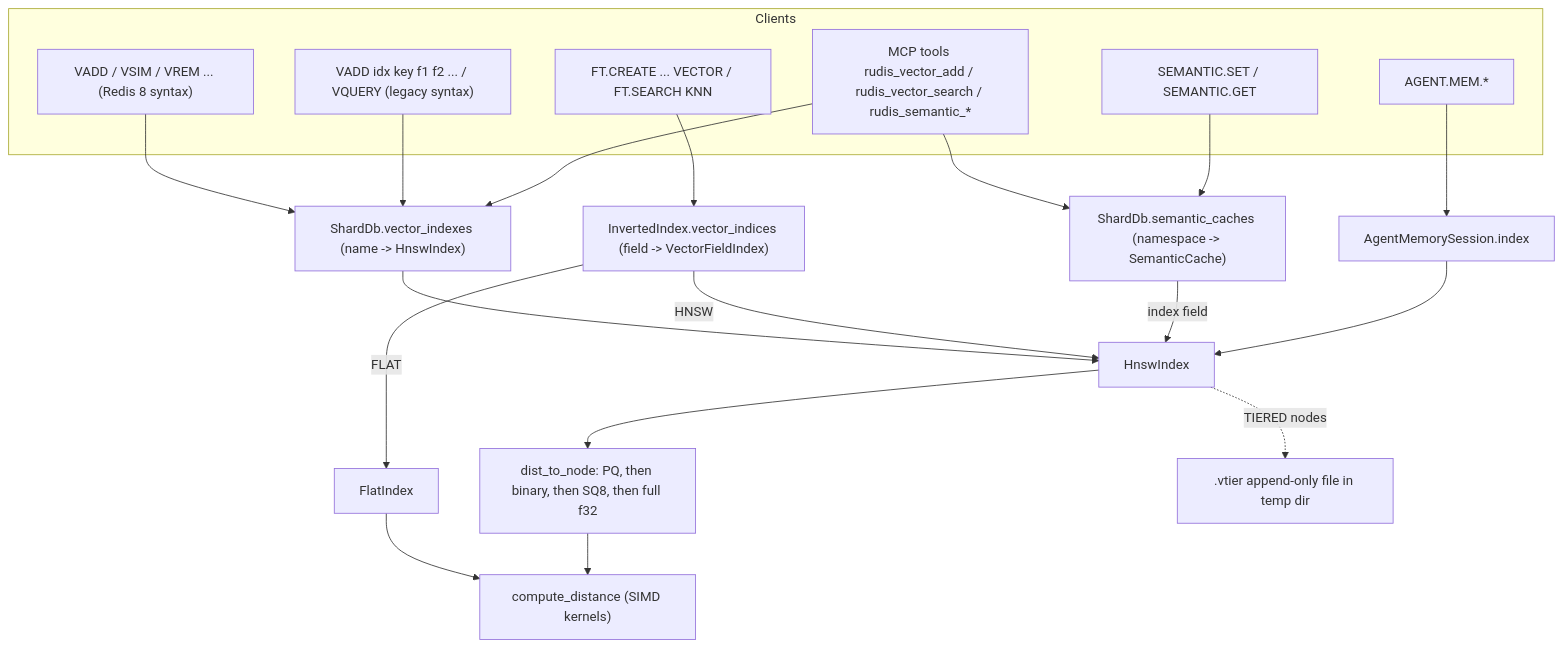
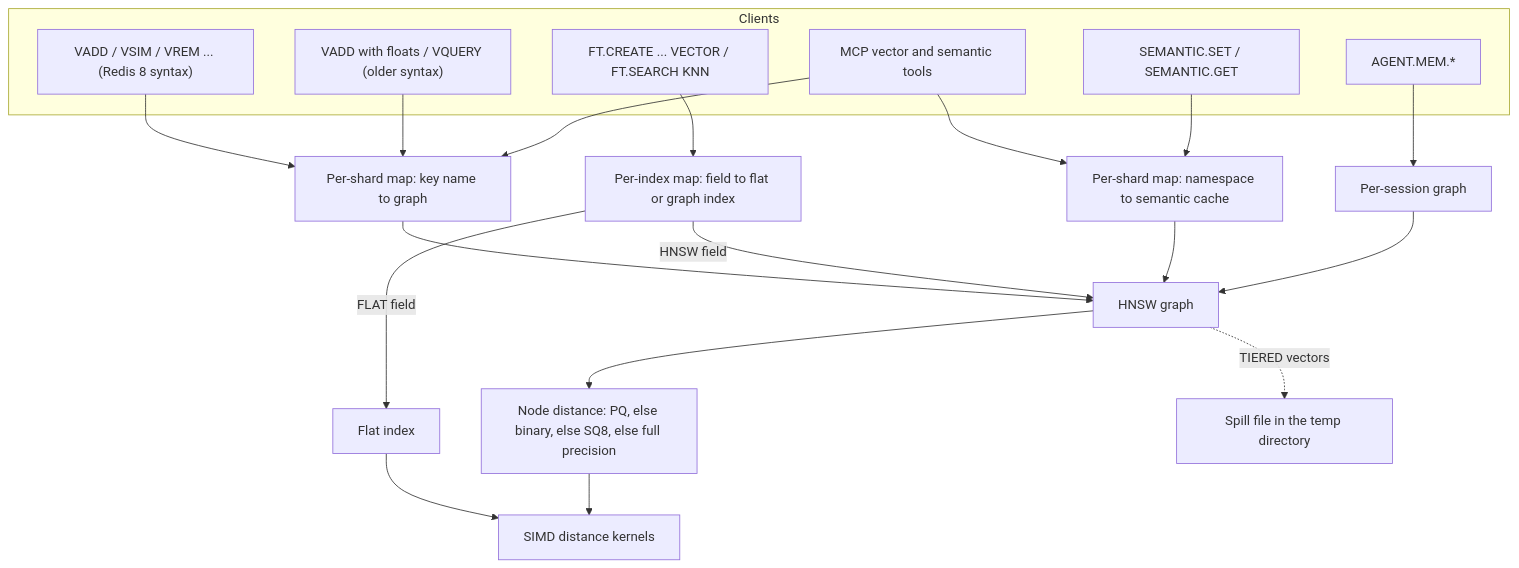
Before and after one commit to warrenzhu25/rudis: the diagram in docs/internal/08_vector_engine.md, drawn with Mermaid. The commit also changed other lines of this file, not shown here.

First line of the commit message:
docs(internal): rewrite vector engine guide in the prose-first style

````diff
--- a/docs/internal/08_vector_engine.md
+++ b/docs/internal/08_vector_engine.md
@@ -39,27 +50,27 @@
 ```mermaid
 flowchart TD
     subgraph Clients
         V8["VADD / VSIM / VREM ... (Redis 8 syntax)"]
-        VL["VADD idx key f1 f2 ... / VQUERY (legacy syntax)"]
+        VL["VADD with floats / VQUERY (older syntax)"]
         FT["FT.CREATE ... VECTOR / FT.SEARCH KNN"]
         SC["SEMANTIC.SET / SEMANTIC.GET"]
         AG["AGENT.MEM.*"]
-        MCP["MCP tools rudis_vector_add / rudis_vector_search / rudis_semantic_*"]
+        MCP["MCP vector and semantic tools"]
     end
-    V8 --> SD["ShardDb.vector_indexes (name -> HnswIndex)"]
+    V8 --> SD["Per-shard map: key name to graph"]
     VL --> SD
     MCP --> SD
     MCP --> SCC
-    FT --> VFI["InvertedIndex.vector_indices (field -> VectorFieldIndex)"]
-    SC --> SCC["ShardDb.semantic_caches (namespace -> SemanticCache)"]
-    AG --> AMS["AgentMemorySession.index"]
-    SD --> H["HnswIndex"]
-    VFI -->|"HNSW"| H
-    VFI -->|"FLAT"| F["FlatIndex"]
-    SCC -->|"index field"| H
+    FT --> VFI["Per-index map: field to flat or graph index"]
+    SC --> SCC["Per-shard map: namespace to semantic cache"]
+    AG --> AMS["Per-session graph"]
+    SD --> H["HNSW graph"]
+    VFI -->|"HNSW field"| H
+    VFI -->|"FLAT field"| F["Flat index"]
+    SCC --> H
     AMS --> H
-    H --> D["dist_to_node: PQ, then binary, then SQ8, then full f32"]
-    F --> K["compute_distance (SIMD kernels)"]
+    H --> D["Node distance: PQ, else binary, else SQ8, else full precision"]
+    F --> K["SIMD distance kernels"]
     D --> K
-    H -.->|"TIERED nodes"| T[".vtier append-only file in temp dir"]
+    H -.->|"TIERED vectors"| T["Spill file in the temp directory"]
 ```
````
